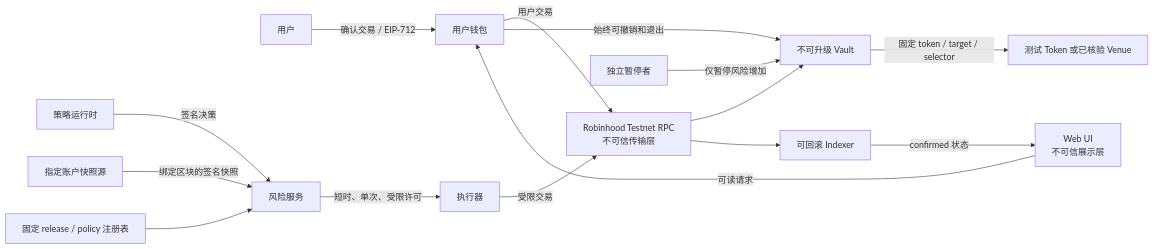
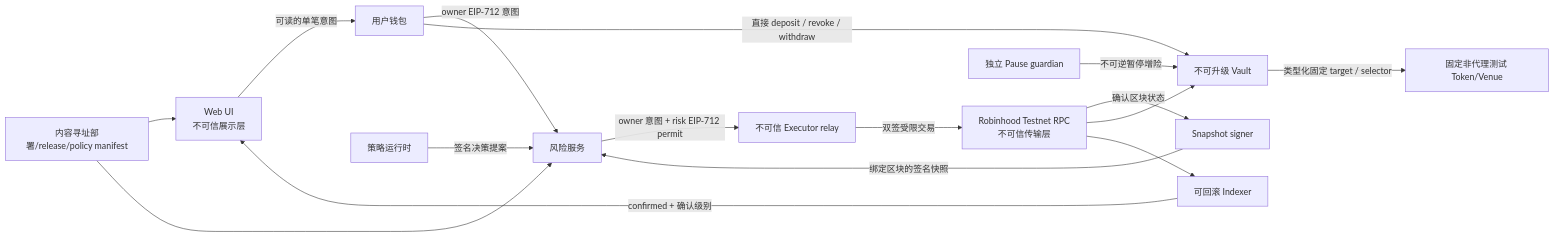
Before and after one commit to pdbsy/quantpass-arbitrum-hackathon: the diagram in docs/adr/0001-testnet-mvp-scope-and-authority.md, drawn with Mermaid. The commit also changed other lines of this file and 15 other files, not shown here.

````diff
--- a/docs/adr/0001-testnet-mvp-scope-and-authority.md
+++ b/docs/adr/0001-testnet-mvp-scope-and-authority.md
@@ -43,19 +44,18 @@
 ```mermaid
 flowchart LR
-  U[用户] -->|确认交易 / EIP-712| W[用户钱包]
-  UI[Web UI\n不可信展示层] -->|可读请求| W
-  W -->|用户交易| RPC[Robinhood Testnet RPC\n不可信传输层]
-
-  SR[策略运行时] -->|签名决策| RS[风险服务]
-  AS[指定账户快照源] -->|绑定区块的签名快照| RS
-  REG[固定 release / policy 注册表] --> RS
-  RS -->|短时、单次、受限许可| EX[执行器]
-  EX -->|受限交易| RPC
+  UI[Web UI\n不可信展示层] -->|可读的单笔意图| W[用户钱包]
+  W -->|owner EIP-712 意图| RS[风险服务]
+  SR[策略运行时] -->|签名决策提案| RS
+  RPC[Robinhood Testnet RPC\n不可信传输层] -->|确认区块状态| SS[Snapshot signer]
+  SS -->|绑定区块的签名快照| RS
+  MAN[内容寻址部署/release/policy manifest] --> UI
+  MAN --> RS
+  RS -->|owner 意图 + risk EIP-712 permit| EX[不可信 Executor relay]
+  EX -->|双签受限交易| RPC
   RPC --> V[不可升级 Vault]
-  V -->|固定 token / target / selector| EXT[测试 Token 或已核验 Venue]
-
+  V -->|类型化固定 target / selector| EXT[固定非代理测试 Token/Venue]
   RPC --> IX[可回滚 Indexer]
-  IX -->|confirmed 状态| UI
-  PG[独立暂停者] -->|仅暂停风险增加| V
-  W -->|始终可撤销和退出| V
+  IX -->|confirmed + 确认级别| UI
+  PG[独立 Pause guardian] -->|不可逆暂停增险| V
+  W -->|直接 deposit / revoke / withdraw| V
 ```
````
